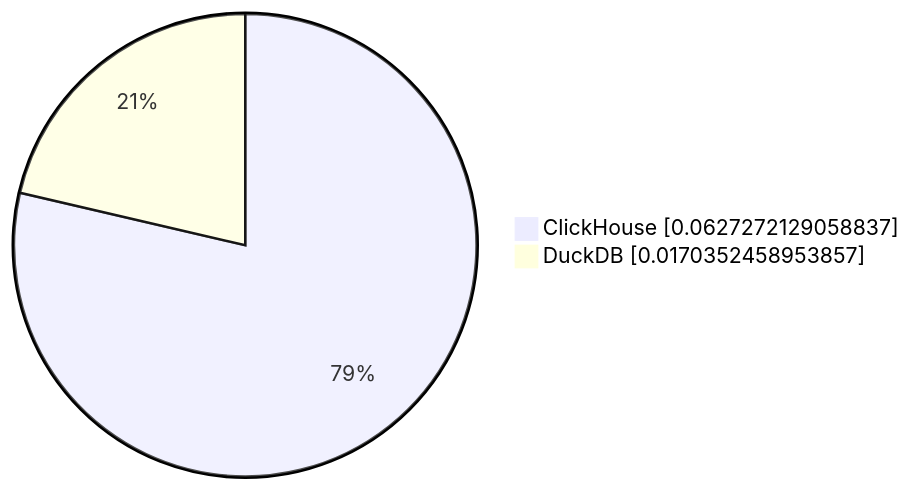
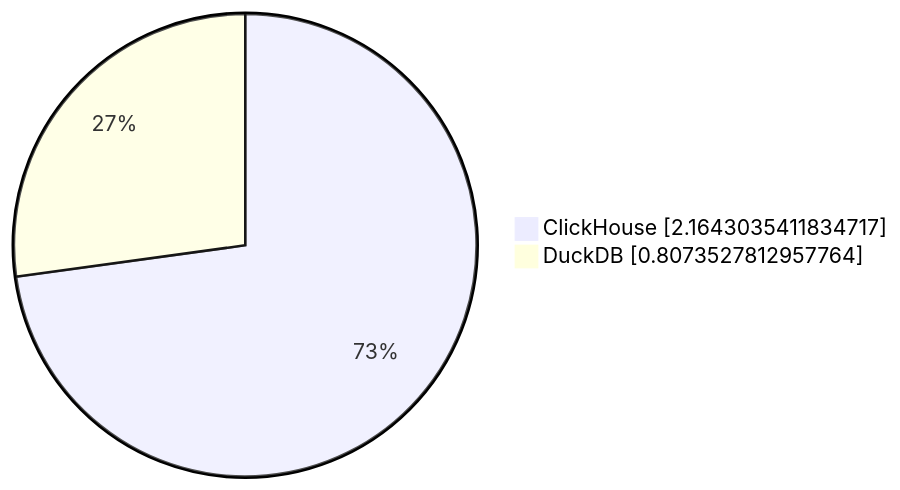
The ninth of 10 diagrams in parquet/performance/results/README.md (Altinity/clickhouse-regression), drawn with Mermaid before and after one commit. The commit also changed other lines of this file and 4 other files, not shown here.

````diff
--- a/parquet/performance/results/README.md
+++ b/parquet/performance/results/README.md
@@ -88,5 +90,5 @@
 ```mermaid
      pie showData
-         "ClickHouse" : 0.0627272129058837
-         "DuckDB" : 0.0170352458953857
+         "ClickHouse" : 2.1643035411834717
+         "DuckDB" : 0.8073527812957764
 ```
````
